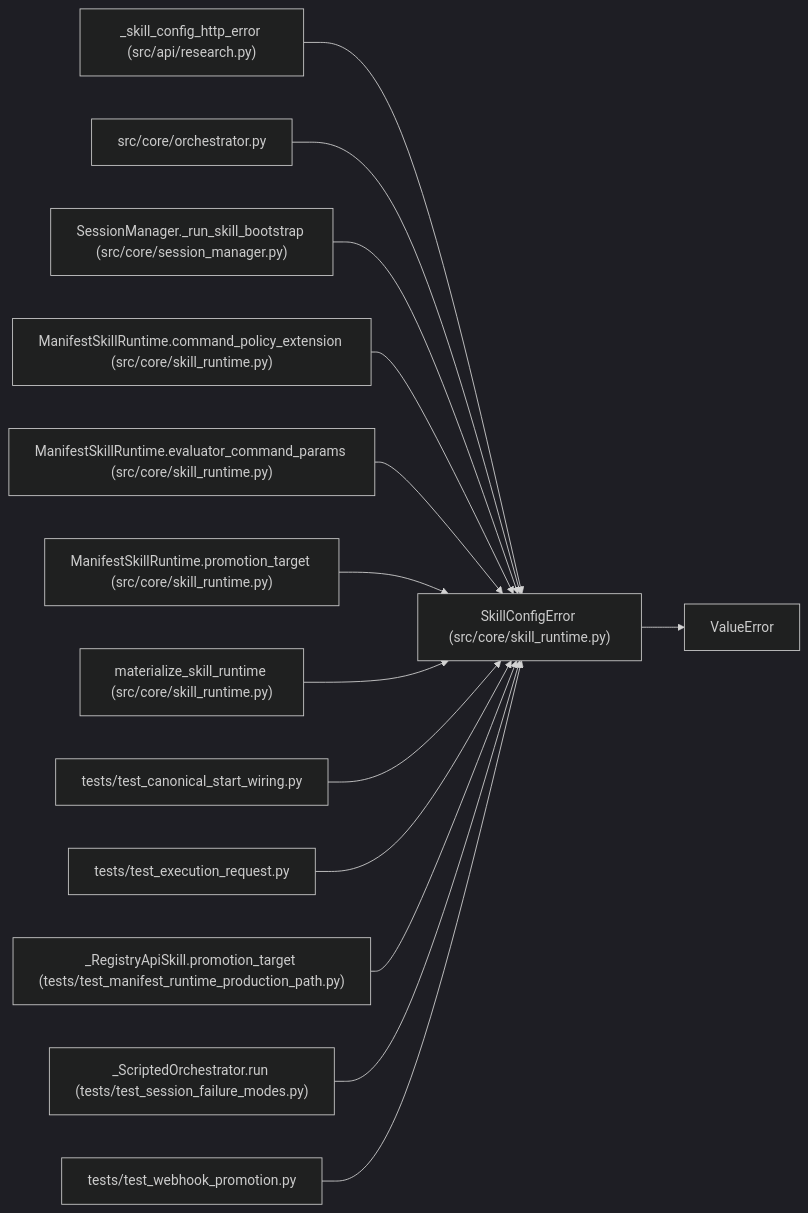
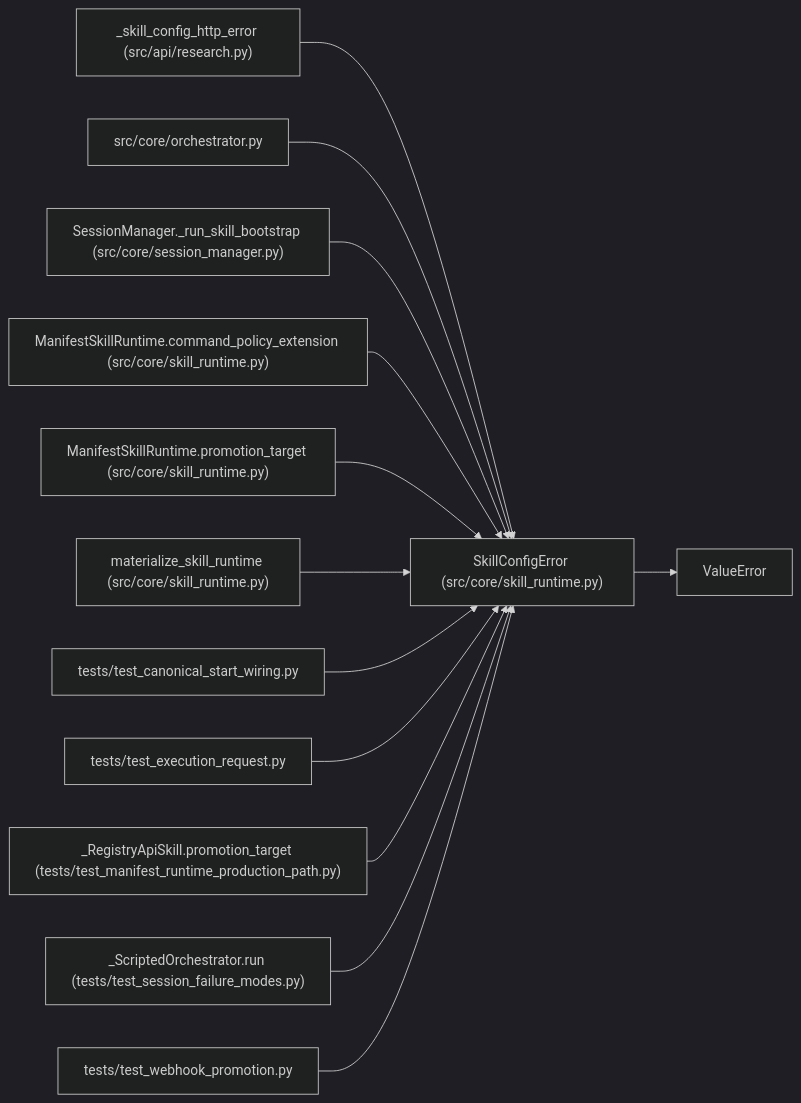
One commit to Denissvgn/autoresearch-agent changed the diagram in docs/llm_wiki/entities/SkillConfigError.md. Above: the diagram before and after it, drawn with Mermaid (dark theme). The commit also changed other lines of this file and 38 other files, not shown here.

````diff
--- a/docs/llm_wiki/entities/SkillConfigError.md
+++ b/docs/llm_wiki/entities/SkillConfigError.md
@@ -30,43 +30,40 @@
 ```mermaid
 flowchart LR
     n0["SkillConfigError (src/core/skill_runtime.py)"]
     n1["ValueError"]
     n2["_skill_config_http_error (src/api/research.py)"]
     n3["src/core/orchestrator.py"]
     n4["SessionManager._run_skill_bootstrap (src/core/session_manager.py)"]
     n5["ManifestSkillRuntime.command_policy_extension (src/core/skill_runtime.py)"]
-    n6["ManifestSkillRuntime.evaluator_command_params (src/core/skill_runtime.py)"]
-    n7["ManifestSkillRuntime.promotion_target (src/core/skill_runtime.py)"]
-    n8["materialize_skill_runtime (src/core/skill_runtime.py)"]
-    n9["tests/test_canonical_start_wiring.py"]
-    n10["tests/test_execution_request.py"]
-    n11["_RegistryApiSkill.promotion_target (tests/test_manifest_runtime_production_path.py)"]
-    n12["_ScriptedOrchestrator.run (tests/test_session_failure_modes.py)"]
-    n13["tests/test_webhook_promotion.py"]
+    n6["ManifestSkillRuntime.promotion_target (src/core/skill_runtime.py)"]
+    n7["materialize_skill_runtime (src/core/skill_runtime.py)"]
+    n8["tests/test_canonical_start_wiring.py"]
+    n9["tests/test_execution_request.py"]
+    n10["_RegistryApiSkill.promotion_target (tests/test_manifest_runtime_production_path.py)"]
+    n11["_ScriptedOrchestrator.run (tests/test_session_failure_modes.py)"]
+    n12["tests/test_webhook_promotion.py"]
     n0 --> n1
     n2 --> n0
     n3 --> n0
     n4 --> n0
     n5 --> n0
     n6 --> n0
     n7 --> n0
     n8 --> n0
     n9 --> n0
     n10 --> n0
     n11 --> n0
     n12 --> n0
-    n13 --> n0
     click n0 "../modules/skill_runtime.md"
     click n2 "../modules/research.md"
     click n3 "../modules/orchestrator.md"
     click n4 "../modules/session_manager.md"
     click n5 "../modules/skill_runtime.md"
     click n6 "../modules/skill_runtime.md"
     click n7 "../modules/skill_runtime.md"
-    click n8 "../modules/skill_runtime.md"
-    click n9 "../modules/test_canonical_start_wiring.md"
-    click n10 "../modules/test_execution_request.md"
-    click n11 "../modules/test_manifest_runtime_production_path.md"
-    click n12 "../modules/test_session_failure_modes.md"
-    click n13 "../modules/test_webhook_promotion.md"
+    click n8 "../modules/test_canonical_start_wiring.md"
+    click n9 "../modules/test_execution_request.md"
+    click n10 "../modules/test_manifest_runtime_production_path.md"
+    click n11 "../modules/test_session_failure_modes.md"
+    click n12 "../modules/test_webhook_promotion.md"
 ```
````
